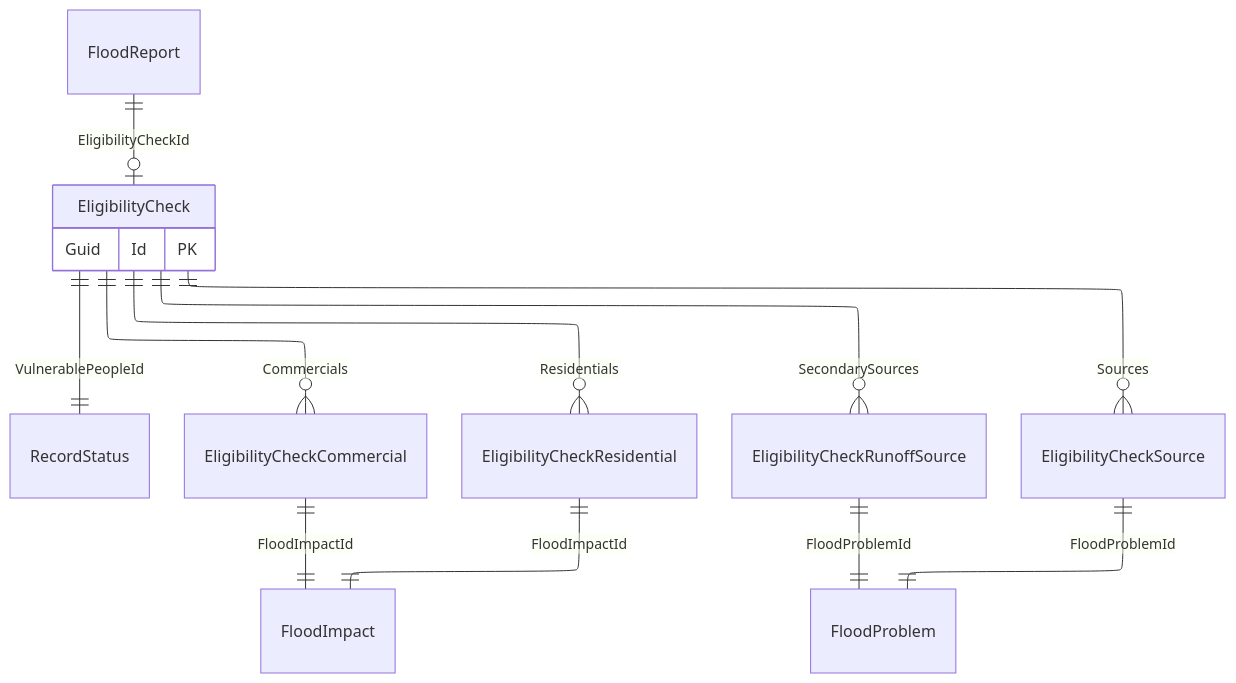
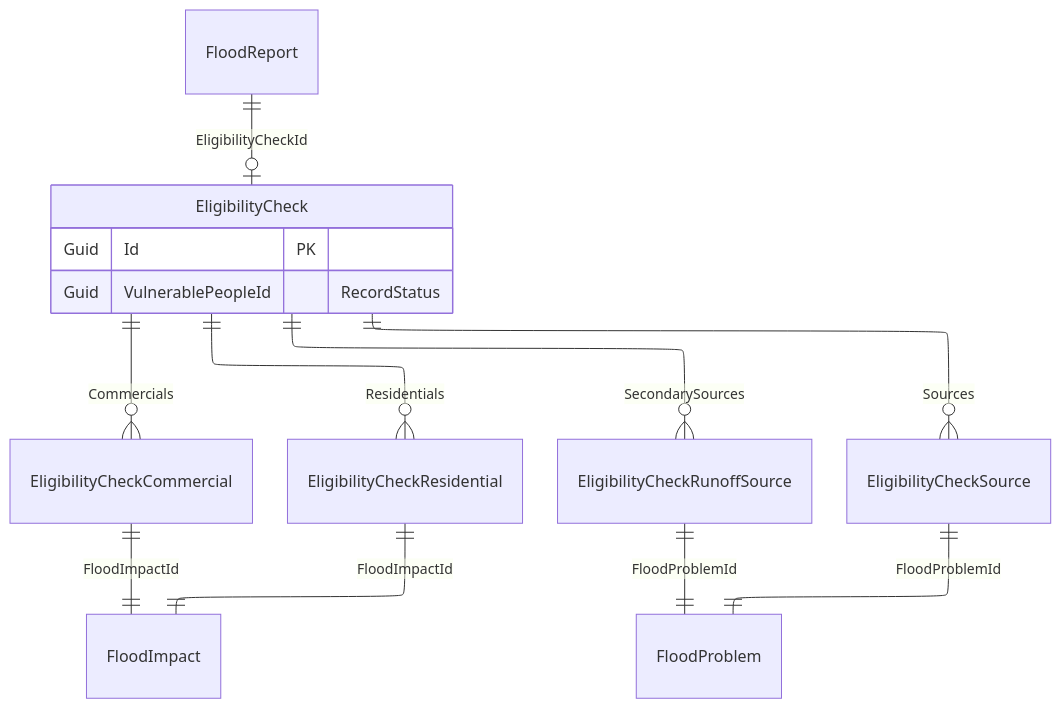
Before and after one commit to Dorset-Council-UK/FloodOnlineReportingTool.Public: the diagram in designs/EligibilityCheck.md, drawn with Mermaid. The commit also changed other lines of this file and 1 other file, not shown here.

Commit message:
Removed RecordStatus from relation diagrams, explaning the values the fields could be

````diff
--- a/designs/EligibilityCheck.md
+++ b/designs/EligibilityCheck.md
@@ -10,21 +18,21 @@
 ```mermaid
 ---
 config:
   layout: elk
 ---
 erDiagram
   EligibilityCheck {
     Guid Id PK
+    Guid VulnerablePeopleId "RecordStatus"
   }
   FloodReport ||--o| EligibilityCheck : EligibilityCheckId
-  EligibilityCheck ||--|| RecordStatus : "VulnerablePeopleId"
   EligibilityCheck ||--o{ EligibilityCheckCommercial : Commercials
   EligibilityCheck ||--o{ EligibilityCheckResidential : Residentials
   EligibilityCheck ||--o{ EligibilityCheckRunoffSource : SecondarySources
   EligibilityCheck ||--o{ EligibilityCheckSource : Sources
 
   EligibilityCheckCommercial ||--|| FloodImpact : FloodImpactId
   EligibilityCheckResidential ||--|| FloodImpact : FloodImpactId
   EligibilityCheckRunoffSource ||--|| FloodProblem : FloodProblemId
   EligibilityCheckSource ||--|| FloodProblem : FloodProblemId
 ```
````
